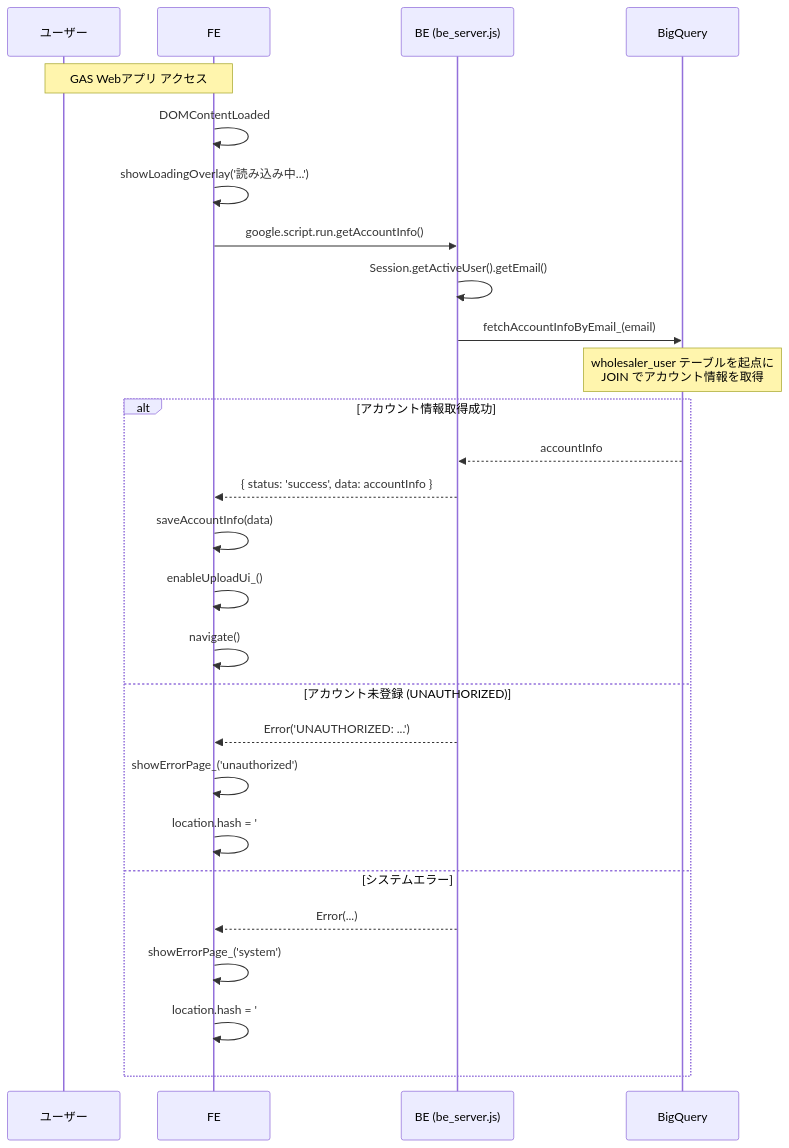
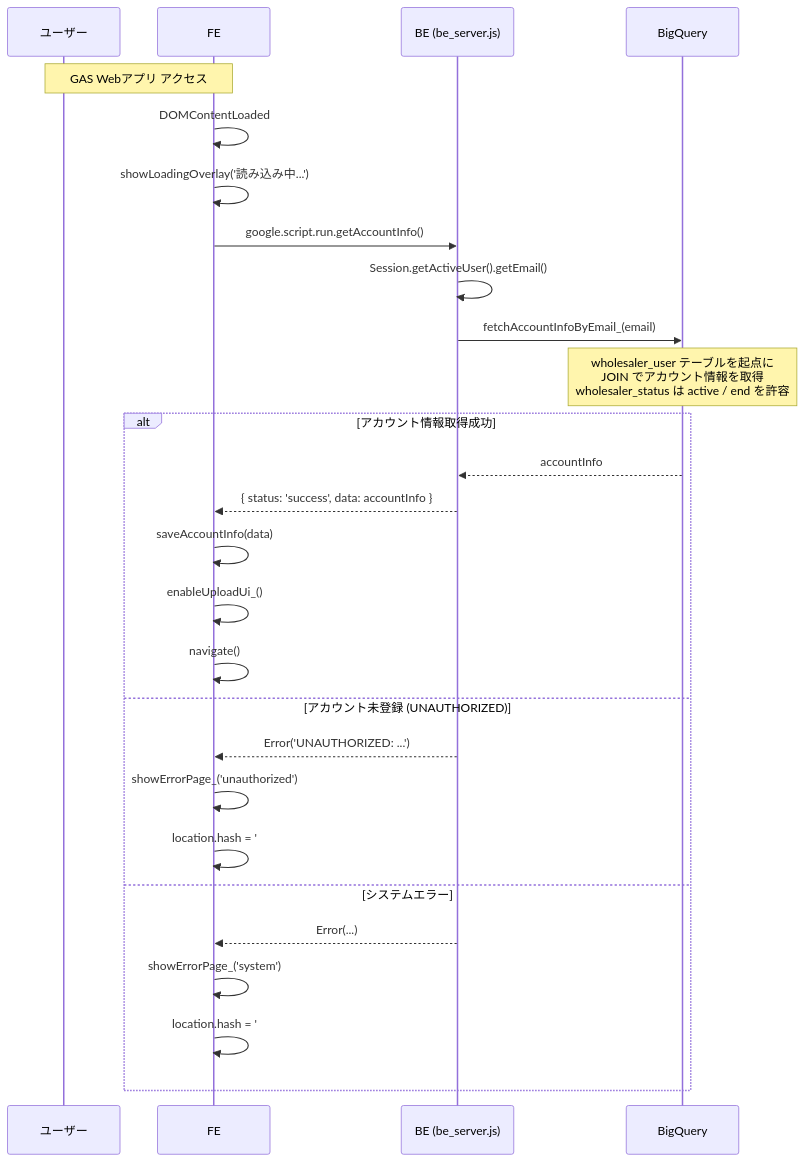
Before and after one commit to USEN-PAY-Products/connect-wholesale-gas-poc: the sixth of 13 diagrams in docs/specifications/05_common.md, drawn with Mermaid. The commit also changed other lines of this file and 13 other files, not shown here.

````diff
--- a/docs/specifications/05_common.md
+++ b/docs/specifications/05_common.md
@@ -205,32 +225,32 @@
 ```mermaid
 sequenceDiagram
     participant U as ユーザー
     participant FE as FE
     participant BE as BE (be_server.js)
     participant BQ as BigQuery
 
     Note over U,FE: GAS Webアプリ アクセス
     FE->>FE: DOMContentLoaded
     FE->>FE: showLoadingOverlay('読み込み中...')
 
     FE->>BE: google.script.run.getAccountInfo()
     BE->>BE: Session.getActiveUser().getEmail()
     BE->>BQ: fetchAccountInfoByEmail_(email)
-    Note over BQ: wholesaler_user テーブルを起点に<br/>JOIN でアカウント情報を取得
+    Note over BQ: wholesaler_user テーブルを起点に<br/>JOIN でアカウント情報を取得<br/>wholesaler_status は active / end を許容
 
     alt アカウント情報取得成功
         BQ-->>BE: accountInfo
         BE-->>FE: { status: 'success', data: accountInfo }
         FE->>FE: saveAccountInfo(data)
         FE->>FE: enableUploadUi_()
         FE->>FE: navigate()
     else アカウント未登録 (UNAUTHORIZED)
         BE-->>FE: Error('UNAUTHORIZED: ...')
         FE->>FE: showErrorPage_('unauthorized')
         FE->>FE: location.hash = '#error'
     else システムエラー
         BE-->>FE: Error(...)
         FE->>FE: showErrorPage_('system')
         FE->>FE: location.hash = '#error'
     end
 ```
````
